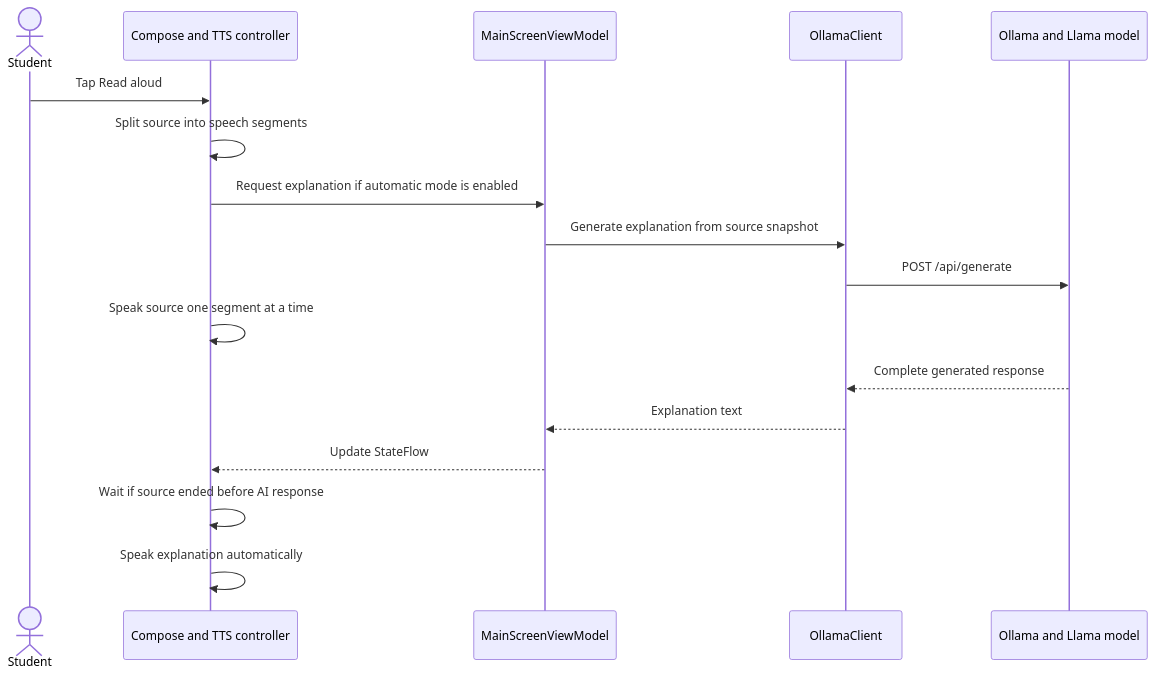
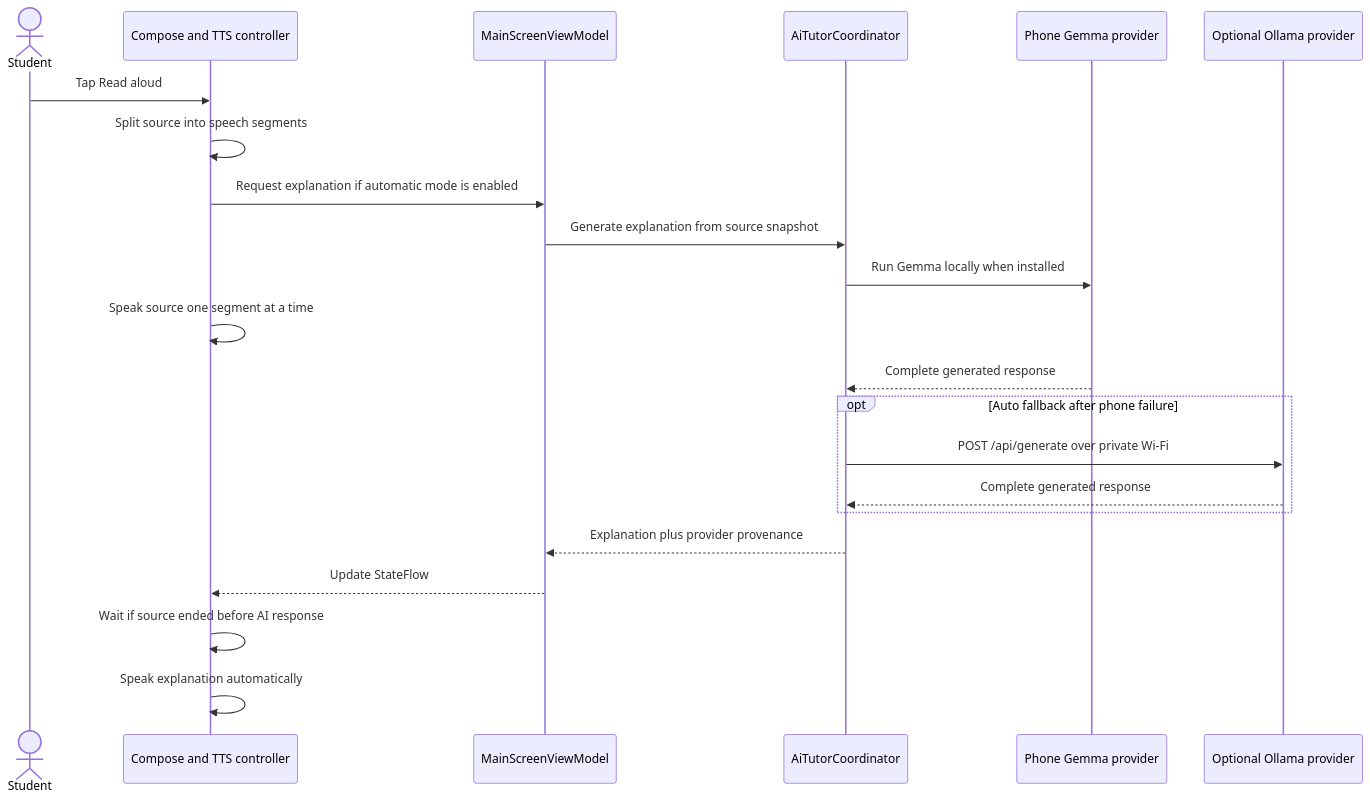
The third of 4 diagrams in TECHNICAL_REPORT.md (mohammedfazilamer-hash/enlighten), drawn with Mermaid before and after one commit. The commit also changed other lines of this file and 24 other files, not shown here.

````diff
--- a/TECHNICAL_REPORT.md
+++ b/TECHNICAL_REPORT.md
@@ -246,19 +256,24 @@
 ```mermaid
 sequenceDiagram
     actor Student
     participant UI as Compose and TTS controller
     participant VM as MainScreenViewModel
-    participant O as OllamaClient
-    participant L as Ollama and Llama model
+    participant C as AiTutorCoordinator
+    participant P as Phone Gemma provider
+    participant O as Optional Ollama provider
     Student->>UI: Tap Read aloud
     UI->>UI: Split source into speech segments
     UI->>VM: Request explanation if automatic mode is enabled
-    VM->>O: Generate explanation from source snapshot
-    O->>L: POST /api/generate
+    VM->>C: Generate explanation from source snapshot
+    C->>P: Run Gemma locally when installed
     UI->>UI: Speak source one segment at a time
-    L-->>O: Complete generated response
-    O-->>VM: Explanation text
+    P-->>C: Complete generated response
+    opt Auto fallback after phone failure
+      C->>O: POST /api/generate over private Wi-Fi
+      O-->>C: Complete generated response
+    end
+    C-->>VM: Explanation plus provider provenance
     VM-->>UI: Update StateFlow
     UI->>UI: Wait if source ended before AI response
     UI->>UI: Speak explanation automatically
 ```
````
